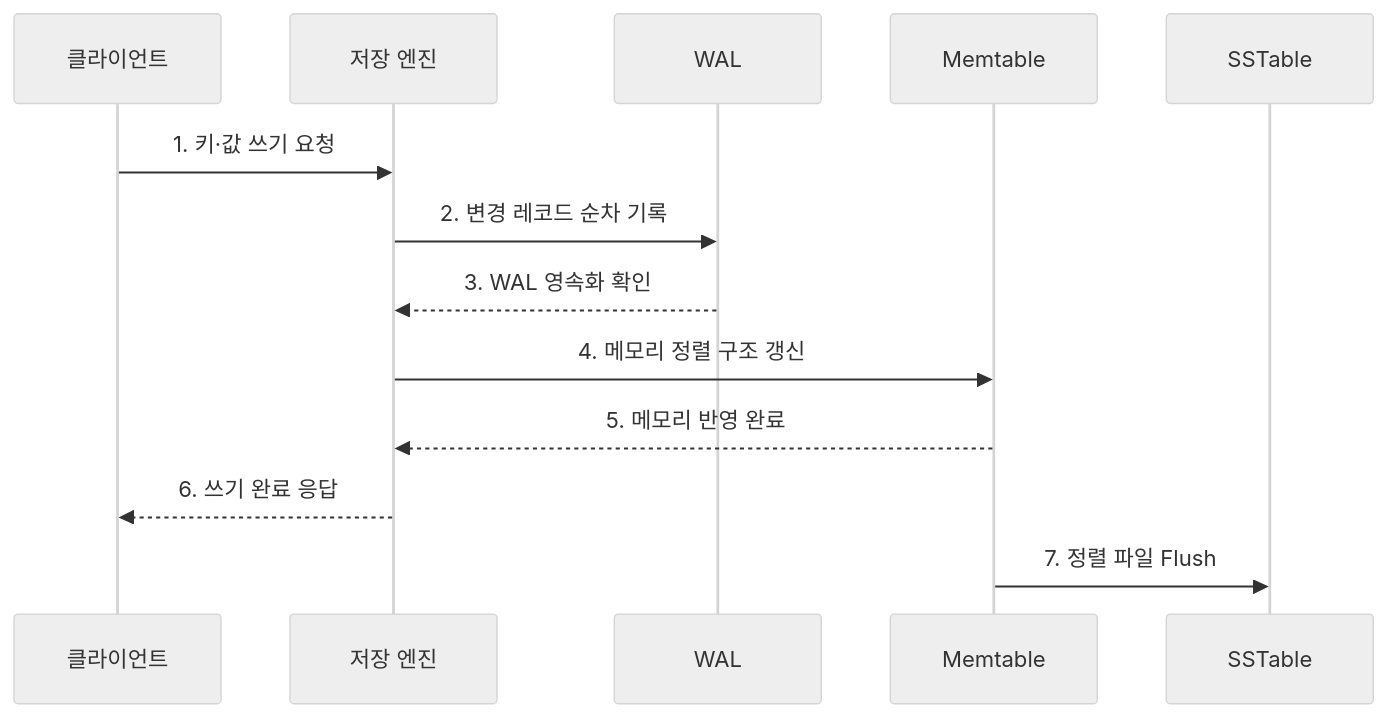
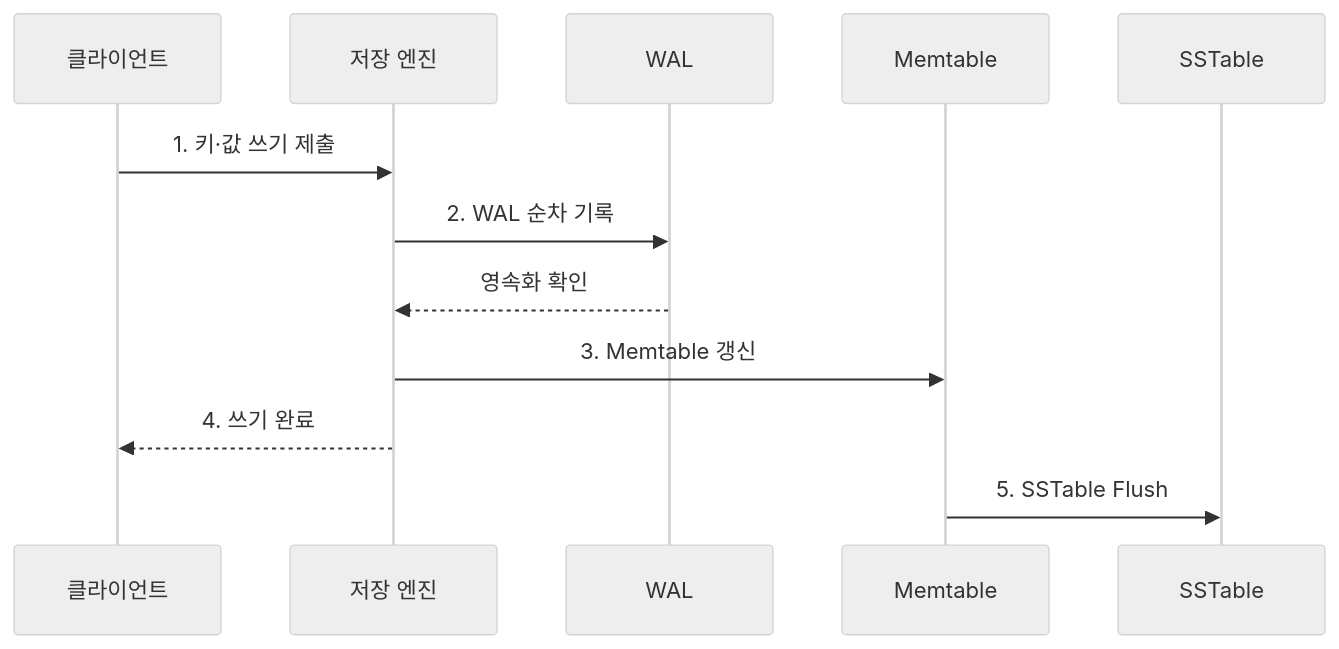
One commit to agnusdei1207/knowledge-base changed the second of 2 diagrams in src/content/docs/notes/03-software/097_btree_vs_lsm_tree.md. Above: the diagram before and after it, drawn with Mermaid (neutral theme). The commit also changed other lines of this file and 238 other files, not shown here.

````diff
--- a/src/content/docs/notes/03-software/097_btree_vs_lsm_tree.md
+++ b/src/content/docs/notes/03-software/097_btree_vs_lsm_tree.md
@@ -78,15 +78,14 @@
 ```mermaid
 sequenceDiagram
     participant C as 클라이언트
     participant E as 저장 엔진
     participant W as WAL
     participant M as Memtable
     participant S as SSTable
-    C->>E: 1. 키·값 쓰기 요청
-    E->>W: 2. 변경 레코드 순차 기록
-    W-->>E: 3. WAL 영속화 확인
-    E->>M: 4. 메모리 정렬 구조 갱신
-    M-->>E: 5. 메모리 반영 완료
-    E-->>C: 6. 쓰기 완료 응답
-    M->>S: 7. 정렬 파일 Flush
+    C->>E: 1. 키·값 쓰기 제출
+    E->>W: 2. WAL 순차 기록
+    W-->>E: 영속화 확인
+    E->>M: 3. Memtable 갱신
+    E-->>C: 4. 쓰기 완료
+    M->>S: 5. SSTable Flush
 ```
````
